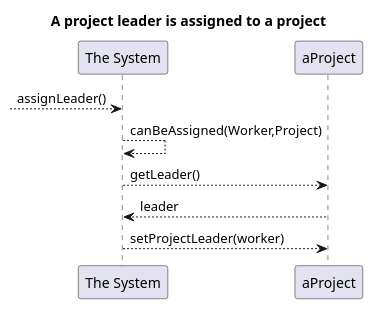
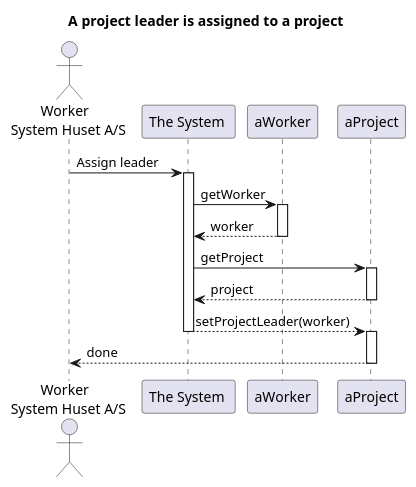
One commit to Shuhab-Siddigi/Software-Engineering changed the second of 2 diagrams in usecases/Project/assign_leader_to_project.md. Above: the diagram before and after it, drawn with PlantUML. The commit also changed 3 other files, not shown here.

Commit message:
Changed seqeunce diagram

````diff
--- a/usecases/Project/assign_leader_to_project.md
+++ b/usecases/Project/assign_leader_to_project.md
@@ -22,13 +22,25 @@
 ```plantuml
-
 @startuml
 title  A project leader is assigned to a project
- 
---> "The System" : assignLeader()
-"The System" --> "The System"  : canBeAssigned(Worker,Project)
-"The System" --> aProject : getLeader()
-return leader
-"The System" --> aProject : setProjectLeader(worker)
 
+actor "Worker \n System Huset A/S" as P
+participant "The System " as S
+participant "aWorker" as W
+participant "aProject" as aP
+
+
+P -> S : Assign leader
+activate S
+S -> W : getWorker
+activate W
+return worker
+S -> aP :getProject
+activate aP
+return project
+S --> aP : setProjectLeader(worker)
+deactivate S
+activate aP
+aP --> P : done
+deactivate aP
 @enduml
 ```
````
